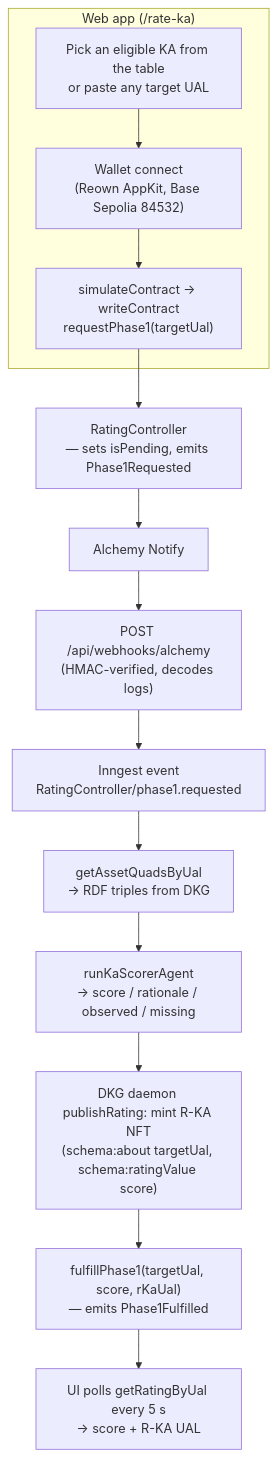
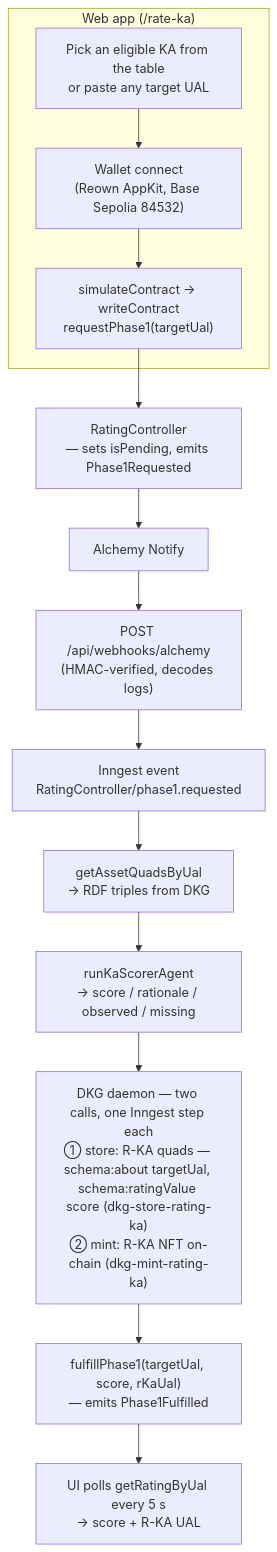
One commit to SiegfriedBz/desci-rating-dapp changed the third of 3 diagrams in README.md. Above: the diagram before and after it, drawn with Mermaid. The commit also changed other lines of this file and 6 other files, not shown here.

````diff
--- a/README.md
+++ b/README.md
@@ -150,16 +152,16 @@
 ```mermaid
 flowchart TD
   subgraph user["Web app (/rate-ka)"]
     PICK["Pick an eligible KA from the table<br/>or paste any target UAL"] --> WALLET["Wallet connect<br/>(Reown AppKit, Base Sepolia 84532)"]
     WALLET --> TX["simulateContract → writeContract<br/>requestPhase1(targetUal)"]
   end
   TX --> REQ["RatingController<br/>— sets isPending, emits Phase1Requested"]
   REQ --> ALCH["Alchemy Notify"]
   ALCH --> WH["POST /api/webhooks/alchemy<br/>(HMAC-verified, decodes logs)"]
   WH --> INN["Inngest event<br/>RatingController/phase1.requested"]
   INN --> FETCH["getAssetQuadsByUal<br/>→ RDF triples from DKG"]
   FETCH --> SCORE["runKaScorerAgent<br/>→ score / rationale / observed / missing"]
-  SCORE --> RKA["DKG daemon publishRating: mint R-KA NFT<br/>(schema:about targetUal, schema:ratingValue score)"]
+  SCORE --> RKA["DKG daemon — two calls, one Inngest step each<br/>① store: R-KA quads — schema:about targetUal, schema:ratingValue score (dkg-store-rating-ka)<br/>② mint: R-KA NFT on-chain (dkg-mint-rating-ka)"]
   RKA --> FUL["fulfillPhase1(targetUal, score, rKaUal)<br/>— emits Phase1Fulfilled"]
   FUL --> POLL["UI polls getRatingByUal every 5 s<br/>→ score + R-KA UAL"]
 ```
````
